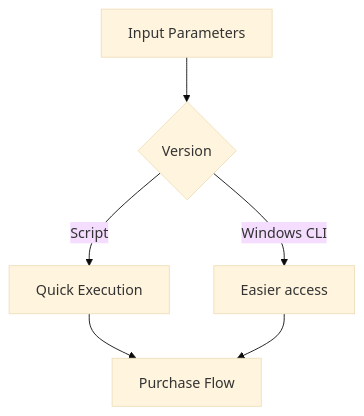
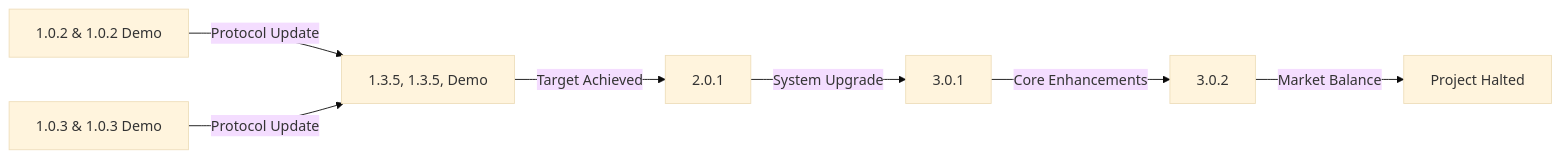
The first of 4 diagrams in README.md (Amirhosin282/Dtire), drawn with Mermaid (base theme) before and after one commit.

````diff
--- a/README.md
+++ b/README.md
@@ -40,7 +40,7 @@
 ```mermaid
-graph TD
-    A[Input Parameters] --> B{Version}
-    B -->|Script| C[Quick Execution]
-    B -->|Windows CLI| D[Easier access]
-    C & D --> E[Purchase Flow]
+graph LR
+    A[1.0.2 & 1.0.2 Demo] & B[1.0.3 & 1.0.3 Demo] --> |Protocol Update| C[1.3.5, 1.3.5, Demo]
+    C --> |Target Achieved| D[2.0.1] -->|System Upgrade| E[3.0.1]
+    E -->|Core Enhancements| F[3.0.2]
+    F --> |Market Balance| G[Project Halted]
 ```
````
